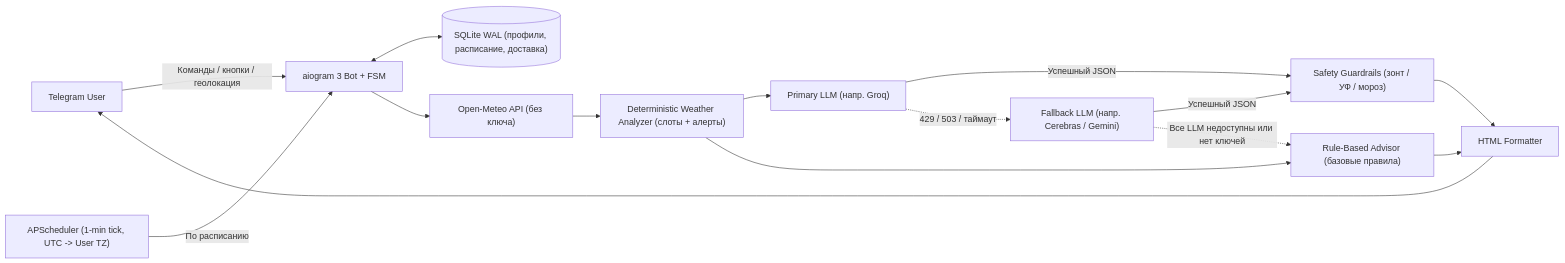
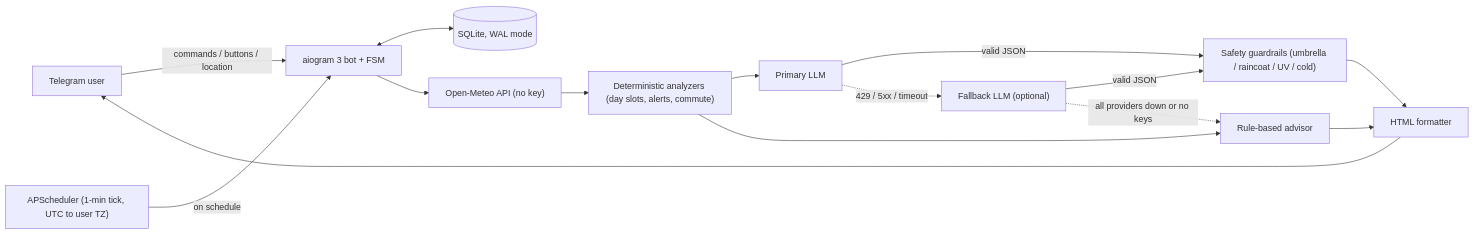
The diagram in README.md (paramees/PWA_Personal_Weather_Assistant), drawn with Mermaid before and after one commit. The commit also changed other lines of this file and 1 other file, not shown here.

````diff
--- a/README.md
+++ b/README.md
@@ -21,17 +26,17 @@
 ```mermaid
 flowchart LR
-    TG["Telegram User"] -->|Команды / кнопки / геолокация| BOT["aiogram 3 Bot + FSM"]
-    SCHED["APScheduler (1-min tick, UTC -> User TZ)"] -->|По расписанию| BOT
-    BOT <--> DB[("SQLite WAL (профили, расписание, доставка)")]
-    BOT --> METEO["Open-Meteo API (без ключа)"]
-    METEO --> ANALYZER["Deterministic Weather Analyzer (слоты + алерты)"]
-    ANALYZER --> AI1["Primary LLM (напр. Groq)"]
-    AI1 -->|Успешный JSON| GUARD["Safety Guardrails (зонт / УФ / мороз)"]
-    AI1 -.->|429 / 503 / таймаут| AI2["Fallback LLM (напр. Cerebras / Gemini)"]
-    AI2 -->|Успешный JSON| GUARD
-    AI2 -.->|Все LLM недоступны или нет ключей| RULES["Rule-Based Advisor (базовые правила)"]
+    TG["Telegram user"] -->|commands / buttons / location| BOT["aiogram 3 bot + FSM"]
+    SCHED["APScheduler (1-min tick, UTC to user TZ)"] -->|on schedule| BOT
+    BOT <--> DB[("SQLite, WAL mode")]
+    BOT --> METEO["Open-Meteo API (no key)"]
+    METEO --> ANALYZER["Deterministic analyzers (day slots, alerts, commute)"]
+    ANALYZER --> AI1["Primary LLM"]
+    AI1 -->|valid JSON| GUARD["Safety guardrails (umbrella / raincoat / UV / cold)"]
+    AI1 -.->|429 / 5xx / timeout| AI2["Fallback LLM (optional)"]
+    AI2 -->|valid JSON| GUARD
+    AI2 -.->|all providers down or no keys| RULES["Rule-based advisor"]
     ANALYZER --> RULES
-    RULES --> FMT["HTML Formatter"]
+    RULES --> FMT["HTML formatter"]
     GUARD --> FMT
     FMT --> TG
 ```
````
